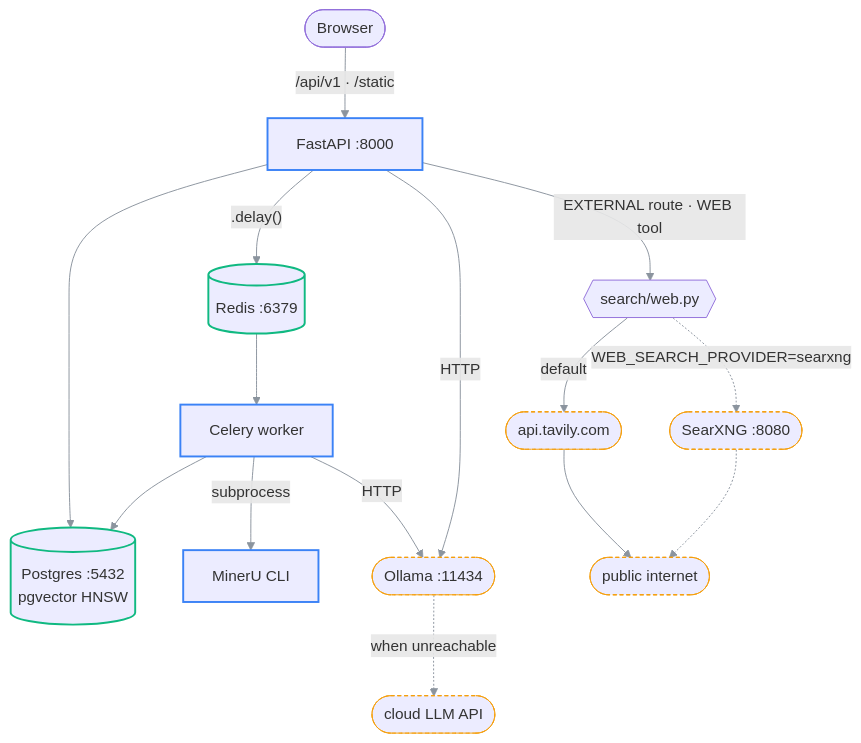
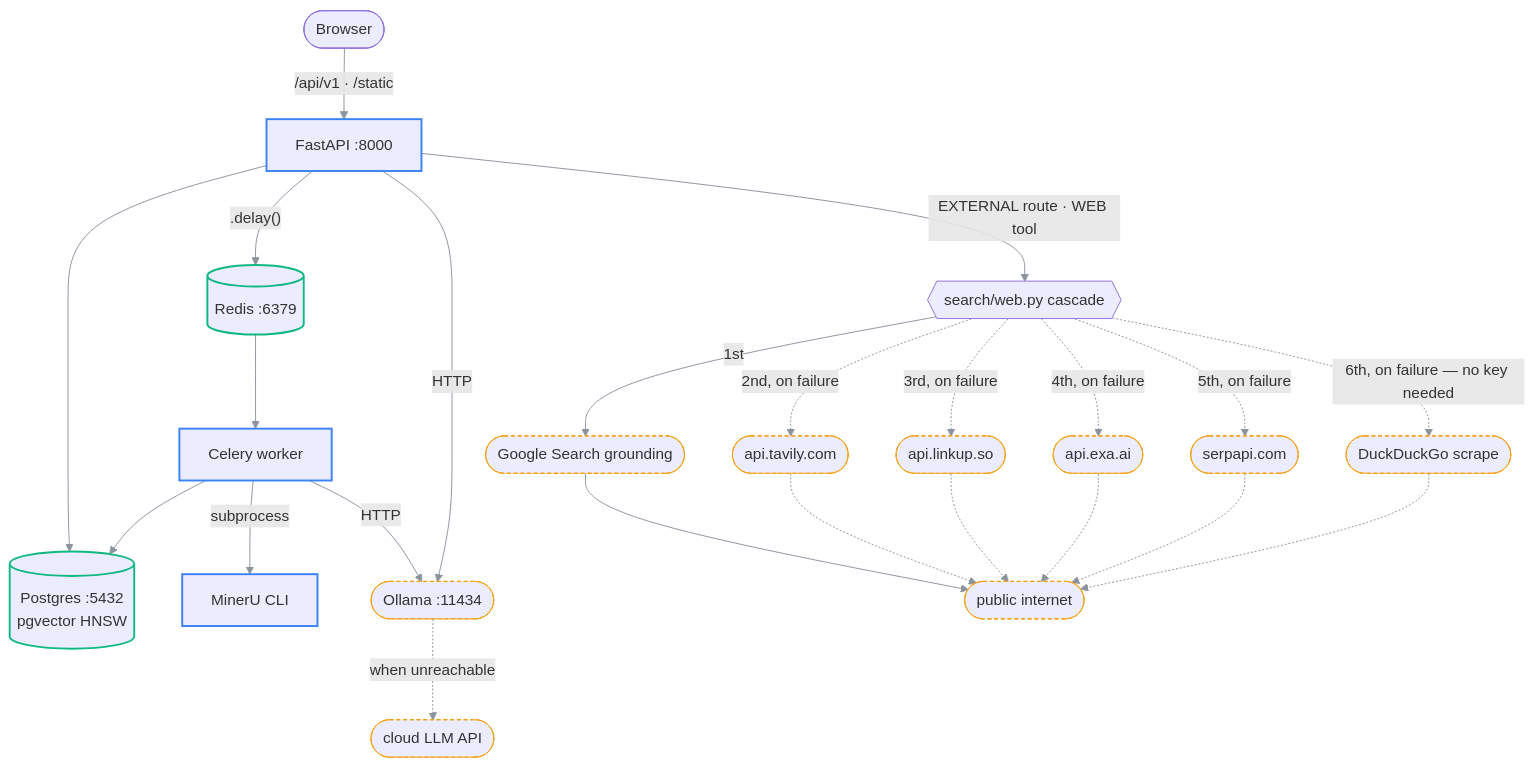
The diagram in docs/01-orientation/runtime-topology.md (Khaled-Saleh-KL1/9XAIPal), drawn with Mermaid before and after one commit. The commit also changed other lines of this file and 40 other files, not shown here.

````diff
--- a/docs/01-orientation/runtime-topology.md
+++ b/docs/01-orientation/runtime-topology.md
@@ -90,25 +93,33 @@
 ```mermaid
 %%{init: {'themeVariables': {'fontFamily': 'ui-monospace, SFMono-Regular, Menlo, monospace', 'lineColor': '#8b949e'}}}%%
 flowchart TD
     B([Browser]) -->|"/api/v1 · /static"| API[FastAPI :8000]
     API --> PG[(Postgres :5432<br/>pgvector HNSW)]
     API -->|".delay()"| RD[(Redis :6379)]
     RD --> W[Celery worker]
     W --> PG
     W -->|subprocess| MU[MinerU CLI]
     W -->|HTTP| OL([Ollama :11434])
     API -->|HTTP| OL
-    API -->|"EXTERNAL route · WEB tool"| SX{{"search/web.py"}}
-    SX -->|"default"| TV([api.tavily.com])
-    SX -.->|"WEB_SEARCH_PROVIDER=searxng"| SXNG([SearXNG :8080])
+    API -->|"EXTERNAL route · WEB tool"| SX{{"search/web.py cascade"}}
+    SX -->|"1st"| GG([Google Search grounding])
+    SX -.->|"2nd, on failure"| TV([api.tavily.com])
+    SX -.->|"3rd, on failure"| LK([api.linkup.so])
+    SX -.->|"4th, on failure"| EX([api.exa.ai])
+    SX -.->|"5th, on failure"| SP([serpapi.com])
+    SX -.->|"6th, on failure — no key needed"| DDG([DuckDuckGo scrape])
     OL -.->|"when unreachable"| CLOUD([cloud LLM API])
-    TV --> NET([public internet])
-    SXNG -.-> NET
+    GG --> NET([public internet])
+    TV -.-> NET
+    LK -.-> NET
+    EX -.-> NET
+    SP -.-> NET
+    DDG -.-> NET
 
     classDef owned stroke:#3b82f6,stroke-width:2px
     classDef store stroke:#10b981,stroke-width:2px
     classDef ext stroke:#f59e0b,stroke-dasharray:4 3
     class API,W,MU owned
     class PG,RD store
-    class OL,TV,SXNG,CLOUD,NET ext
+    class OL,GG,TV,LK,EX,SP,DDG,CLOUD,NET ext
 ```
````
